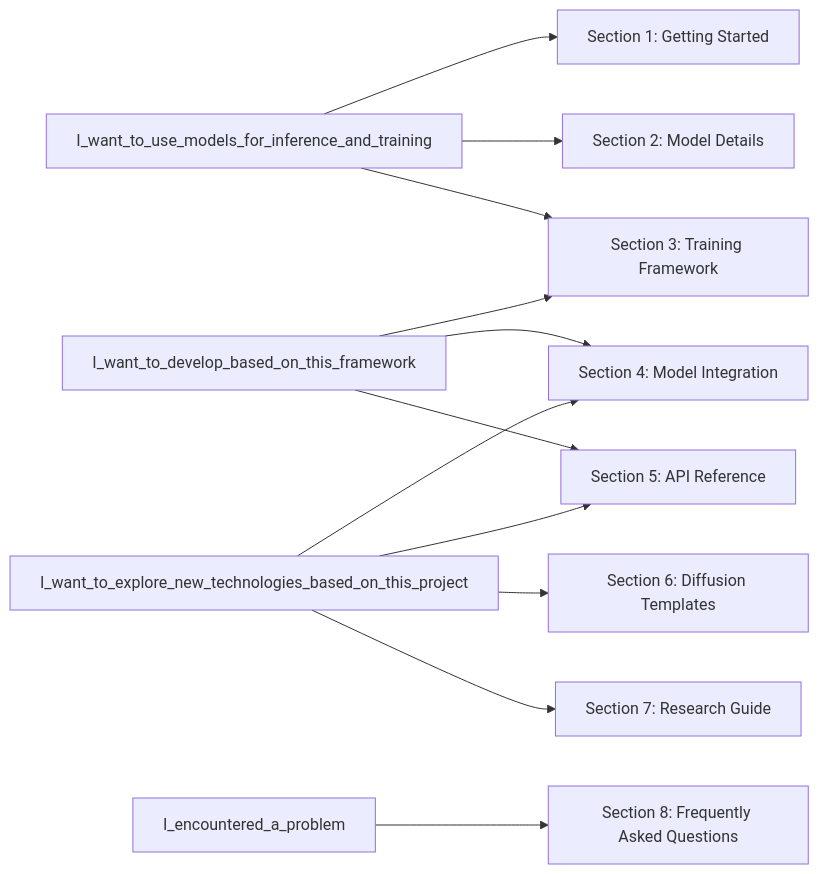
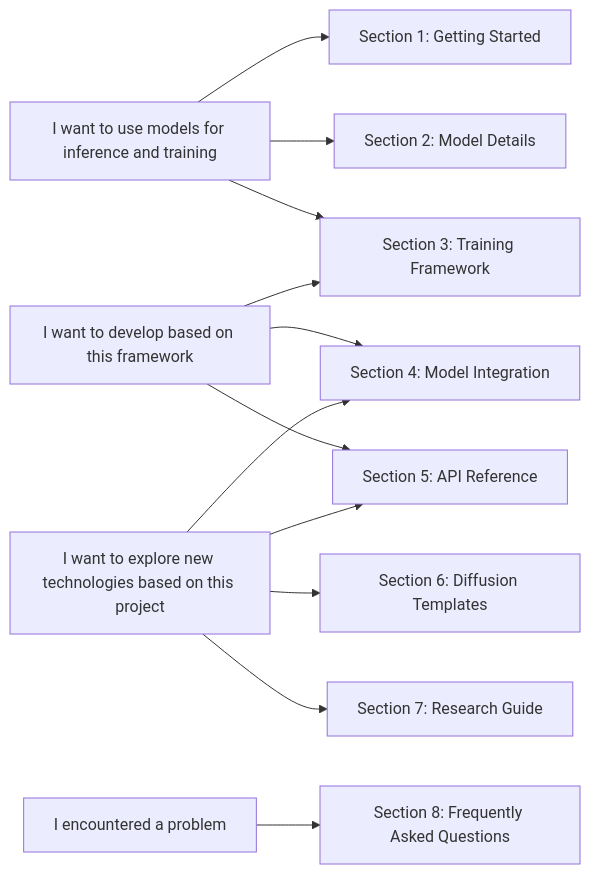
The diagram in docs/en/README.md (modelscope/DiffSynth-Studio), drawn with Mermaid before and after one commit. The commit also changed other lines of this file and 44 other files, not shown here.

````diff
--- a/docs/en/README.md
+++ b/docs/en/README.md
@@ -9,14 +9,14 @@
 ```mermaid
 graph LR;
-    I_want_to_use_models_for_inference_and_training-->sec1[Section 1: Getting Started];
-    I_want_to_use_models_for_inference_and_training-->sec2[Section 2: Model Details];
-    I_want_to_use_models_for_inference_and_training-->sec3[Section 3: Training Framework];
-    I_want_to_develop_based_on_this_framework-->sec3[Section 3: Training Framework];
-    I_want_to_develop_based_on_this_framework-->sec4[Section 4: Model Integration];
-    I_want_to_develop_based_on_this_framework-->sec5[Section 5: API Reference];
-    I_want_to_explore_new_technologies_based_on_this_project-->sec4[Section 4: Model Integration];
-    I_want_to_explore_new_technologies_based_on_this_project-->sec5[Section 5: API Reference];
-    I_want_to_explore_new_technologies_based_on_this_project-->sec6[Section 6: Diffusion Templates];
-    I_want_to_explore_new_technologies_based_on_this_project-->sec7[Section 7: Research Guide];
-    I_encountered_a_problem-->sec8[Section 8: Frequently Asked Questions];
+    use["I want to use models for inference and training"]-->sec1["Section 1: Getting Started"];
+    use["I want to use models for inference and training"]-->sec2["Section 2: Model Details"];
+    use["I want to use models for inference and training"]-->sec3["Section 3: Training Framework"];
+    develop["I want to develop based on this framework"]-->sec3["Section 3: Training Framework"];
+    develop["I want to develop based on this framework"]-->sec4["Section 4: Model Integration"];
+    develop["I want to develop based on this framework"]-->sec5["Section 5: API Reference"];
+    explore["I want to explore new technologies based on this project"]-->sec4["Section 4: Model Integration"];
+    explore["I want to explore new technologies based on this project"]-->sec5["Section 5: API Reference"];
+    explore["I want to explore new technologies based on this project"]-->sec6["Section 6: Diffusion Templates"];
+    explore["I want to explore new technologies based on this project"]-->sec7["Section 7: Research Guide"];
+    problem["I encountered a problem"]-->sec8["Section 8: Frequently Asked Questions"];
 ```
````
